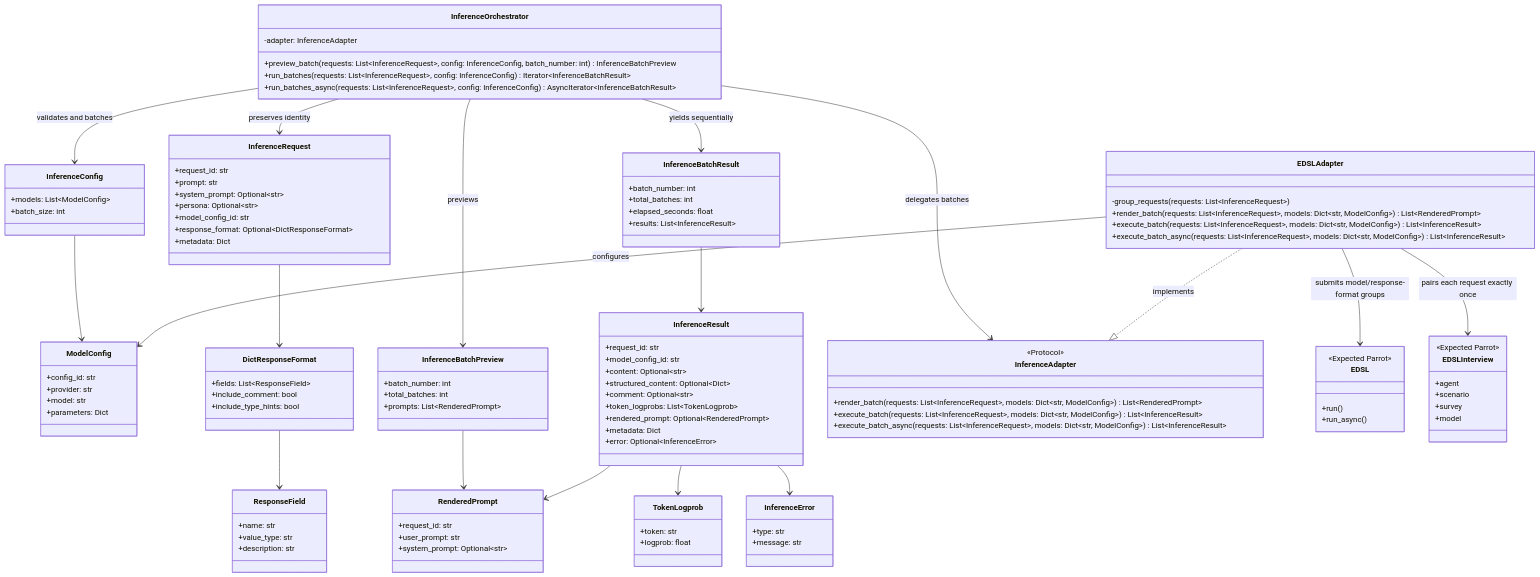
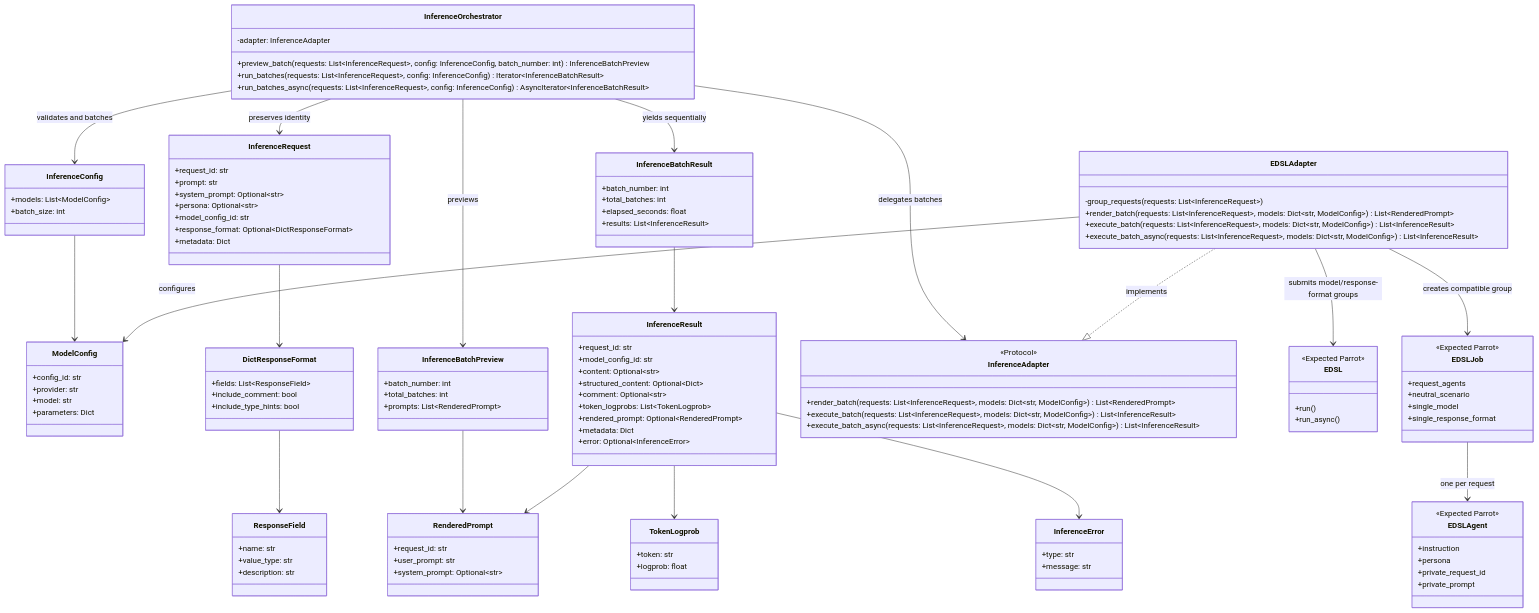
One commit to KirillUtyashev/LLM_AuditKit changed the diagram in docs/architecture/inference.mmd. Above: the diagram before and after it, drawn with Mermaid. The commit also changed 6 other files, not shown here.

```diff
--- a/docs/architecture/inference.mmd
+++ b/docs/architecture/inference.mmd
@@ -1,116 +1,124 @@
 ---
 config:
   theme: mc
 ---
 classDiagram
     class InferenceConfig {
         +models: List~ModelConfig~
         +batch_size: int
     }
     class ModelConfig {
         +config_id: str
         +provider: str
         +model: str
         +parameters: Dict
     }
     class InferenceRequest {
         +request_id: str
         +prompt: str
         +system_prompt: Optional~str~
         +persona: Optional~str~
         +model_config_id: str
         +response_format: Optional~DictResponseFormat~
         +metadata: Dict
     }
     class DictResponseFormat {
         +fields: List~ResponseField~
         +include_comment: bool
         +include_type_hints: bool
     }
     class ResponseField {
         +name: str
         +value_type: str
         +description: str
     }
     class RenderedPrompt {
         +request_id: str
         +user_prompt: str
         +system_prompt: Optional~str~
     }
     class InferenceBatchPreview {
         +batch_number: int
         +total_batches: int
         +prompts: List~RenderedPrompt~
     }
     class InferenceBatchResult {
         +batch_number: int
         +total_batches: int
         +elapsed_seconds: float
         +results: List~InferenceResult~
     }
     class InferenceResult {
         +request_id: str
         +model_config_id: str
         +content: Optional~str~
         +structured_content: Optional~Dict~
         +comment: Optional~str~
         +token_logprobs: List~TokenLogprob~
         +rendered_prompt: Optional~RenderedPrompt~
         +metadata: Dict
         +error: Optional~InferenceError~
     }
     class TokenLogprob {
         +token: str
         +logprob: float
     }
     class InferenceError {
         +type: str
         +message: str
     }
     class InferenceOrchestrator {
         -adapter: InferenceAdapter
         +preview_batch(requests: List~InferenceRequest~, config: InferenceConfig, batch_number: int) InferenceBatchPreview
         +run_batches(requests: List~InferenceRequest~, config: InferenceConfig) Iterator~InferenceBatchResult~
         +run_batches_async(requests: List~InferenceRequest~, config: InferenceConfig) AsyncIterator~InferenceBatchResult~
     }
     class InferenceAdapter {
         <<Protocol>>
         +render_batch(requests: List~InferenceRequest~, models: Dict~str, ModelConfig~) List~RenderedPrompt~
         +execute_batch(requests: List~InferenceRequest~, models: Dict~str, ModelConfig~) List~InferenceResult~
         +execute_batch_async(requests: List~InferenceRequest~, models: Dict~str, ModelConfig~) List~InferenceResult~
     }
     class EDSLAdapter {
         -group_requests(requests: List~InferenceRequest~)
         +render_batch(requests: List~InferenceRequest~, models: Dict~str, ModelConfig~) List~RenderedPrompt~
         +execute_batch(requests: List~InferenceRequest~, models: Dict~str, ModelConfig~) List~InferenceResult~
         +execute_batch_async(requests: List~InferenceRequest~, models: Dict~str, ModelConfig~) List~InferenceResult~
     }
     class EDSL {
         <<Expected Parrot>>
         +run()
         +run_async()
     }
-    class EDSLInterview {
+    class EDSLJob {
         <<Expected Parrot>>
-        +agent
-        +scenario
-        +survey
-        +model
+        +request_agents
+        +neutral_scenario
+        +single_model
+        +single_response_format
+    }
+    class EDSLAgent {
+        <<Expected Parrot>>
+        +instruction
+        +persona
+        +private_request_id
+        +private_prompt
     }
     InferenceConfig --> ModelConfig
     InferenceRequest --> DictResponseFormat
     DictResponseFormat --> ResponseField
     InferenceOrchestrator --> InferenceConfig : validates and batches
     InferenceOrchestrator --> InferenceRequest : preserves identity
     InferenceOrchestrator --> InferenceBatchPreview : previews
     InferenceBatchPreview --> RenderedPrompt
     InferenceOrchestrator --> InferenceBatchResult : yields sequentially
     InferenceBatchResult --> InferenceResult
     InferenceResult --> RenderedPrompt
     InferenceResult --> TokenLogprob
     InferenceResult --> InferenceError
     InferenceOrchestrator --> InferenceAdapter : delegates batches
     EDSLAdapter ..|> InferenceAdapter : implements
     EDSLAdapter --> ModelConfig : configures
-    EDSLAdapter --> EDSLInterview : pairs each request exactly once
+    EDSLAdapter --> EDSLJob : creates compatible group
+    EDSLJob --> EDSLAgent : one per request
     EDSLAdapter --> EDSL : submits model/response-format groups
```
